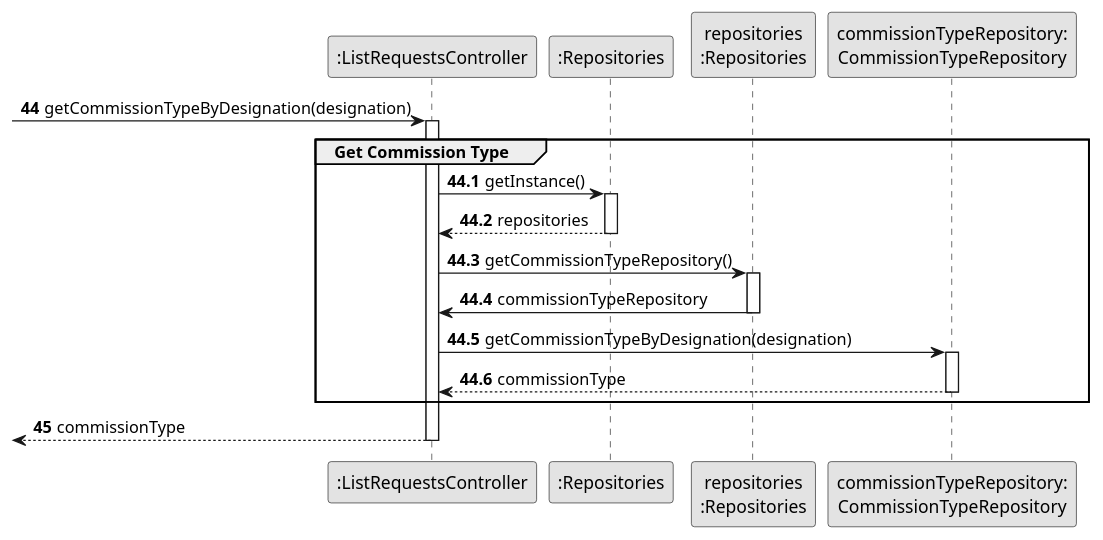
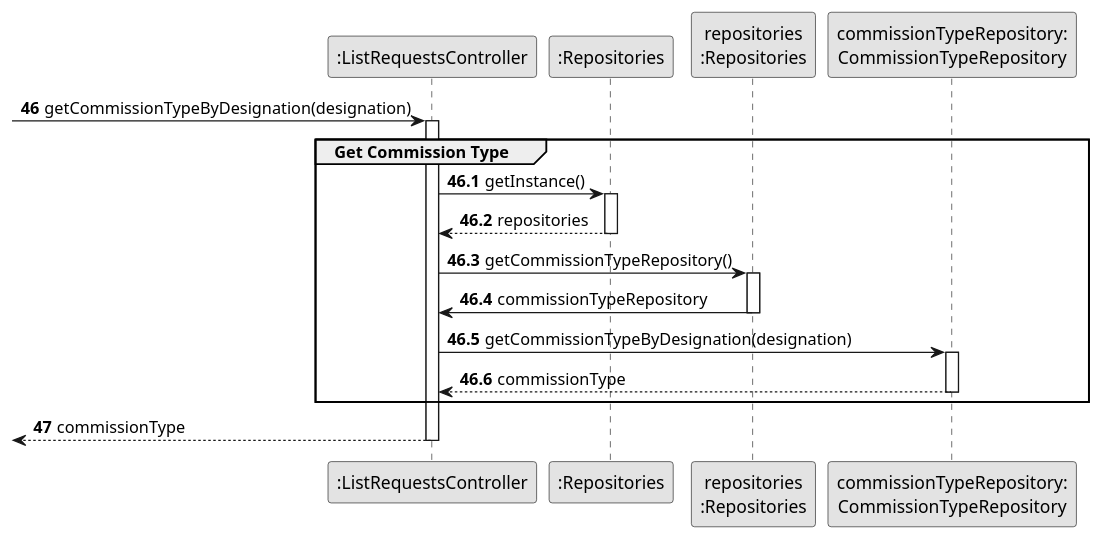
Before and after one commit to rita-barbosa/LAPR2-2223: the diagram in docs/sprintD/us008/03.design/puml/us008-sequence-diagram-partial-get-commission-type.puml, drawn with PlantUML. The commit also changed 17 other files, not shown here.

Commit message:
Update Sequence Diagram (split & partials) & Class Diagram + SVG's [US008][Design]

```diff
--- a/docs/sprintD/us008/03.design/puml/us008-sequence-diagram-partial-get-commission-type.puml
+++ b/docs/sprintD/us008/03.design/puml/us008-sequence-diagram-partial-get-commission-type.puml
@@ -1,44 +1,44 @@
 @startuml
 skinparam monochrome true
 skinparam packageStyle rectangle
 skinparam shadowing false
 
 participant ":ListRequestsController" as CTRL
 participant ":Repositories" as RepositorySingleton
 participant "repositories\n:Repositories" as PLAT
 participant "commissionTypeRepository:\nCommissionTypeRepository" as CommissionTypeRepository
 
-autonumber 44
+autonumber 46
 -> CTRL : getCommissionTypeByDesignation(designation)
 
-autonumber 44.1
+autonumber 46.1
 
 activate CTRL
     group Get Commission Type
         CTRL -> RepositorySingleton : getInstance()
         activate RepositorySingleton
 
             RepositorySingleton --> CTRL: repositories
         deactivate RepositorySingleton
 
         CTRL -> PLAT : getCommissionTypeRepository()
         activate PLAT
 
             PLAT -> CTRL : commissionTypeRepository
         deactivate PLAT
 
         CTRL -> CommissionTypeRepository : getCommissionTypeByDesignation(designation)
         activate CommissionTypeRepository
 
             CommissionTypeRepository --> CTRL : commissionType
         deactivate CommissionTypeRepository
 
     end group
 
-    autonumber 45
+    autonumber 47
     <-- CTRL : commissionType
 
 deactivate CTRL
 
 
 @enduml
```
